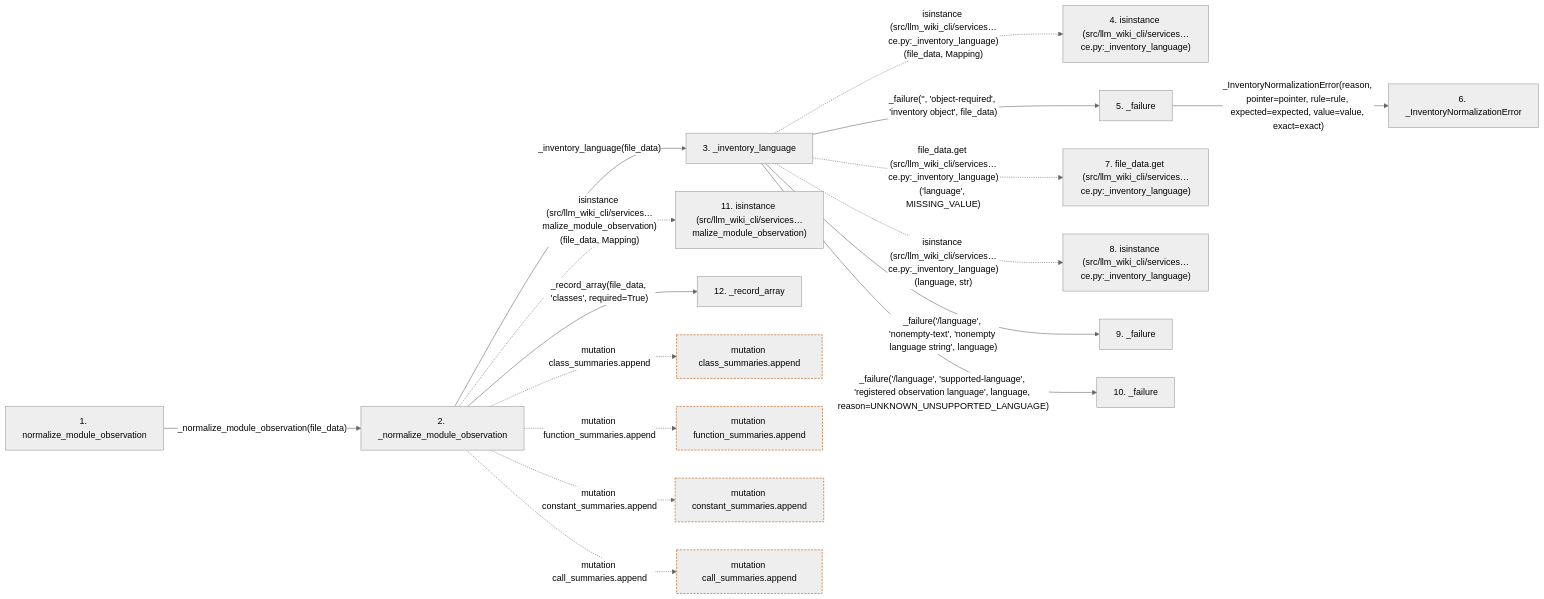
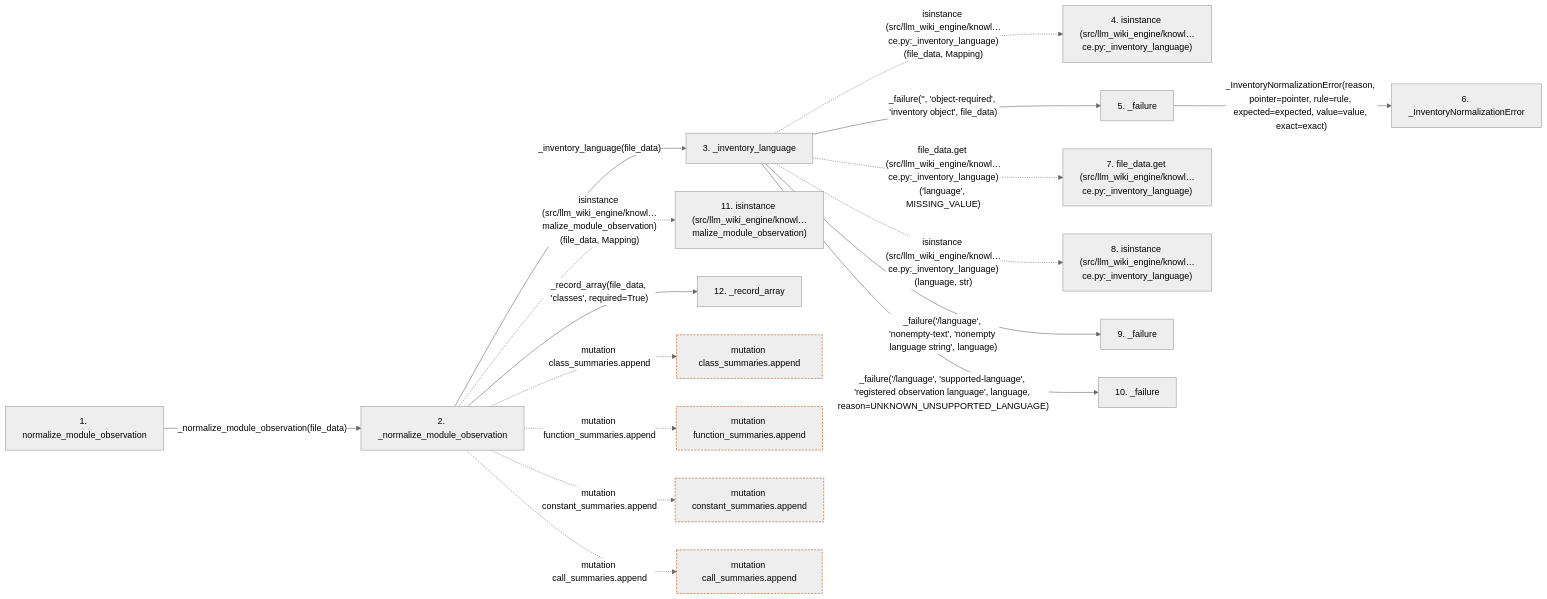
One commit to Denissvgn/python-wiki-llm changed the second of 2 diagrams in docs/llm_wiki/flows/api-normalize_module_observation.md. Above: the diagram before and after it, drawn with Mermaid (neutral theme). The commit also changed other lines of this file and 1103 other files, not shown here.

First line of the commit message:
docs: refresh the wiki for the llm-wiki-engine distribution

````diff
--- a/docs/llm_wiki/flows/api-normalize_module_observation.md
+++ b/docs/llm_wiki/flows/api-normalize_module_observation.md
@@ -127,47 +127,47 @@
 ```mermaid
 flowchart LR
     s1["1. normalize_module_observation"]
     s2["2. _normalize_module_observation"]
     s3["3. _inventory_language"]
-    s4["4. isinstance (src/llm_wiki_cli/services…ce.py:_inventory_language)"]
+    s4["4. isinstance (src/llm_wiki_engine/knowl…ce.py:_inventory_language)"]
     s5["5. _failure"]
     s6["6. _InventoryNormalizationError"]
-    s7["7. file_data.get (src/llm_wiki_cli/services…ce.py:_inventory_language)"]
-    s8["8. isinstance (src/llm_wiki_cli/services…ce.py:_inventory_language)"]
+    s7["7. file_data.get (src/llm_wiki_engine/knowl…ce.py:_inventory_language)"]
+    s8["8. isinstance (src/llm_wiki_engine/knowl…ce.py:_inventory_language)"]
     s9["9. _failure"]
     s10["10. _failure"]
-    s11["11. isinstance (src/llm_wiki_cli/services…malize_module_observation)"]
+    s11["11. isinstance (src/llm_wiki_engine/knowl…malize_module_observation)"]
     s12["12. _record_array"]
     s1 -->|"_normalize_module_observation(file_data)"| s2
     s2 -->|"_inventory_language(file_data)"| s3
-    s3 -. "isinstance (src/llm_wiki_cli/services…ce.py:_inventory_language)(file_data, Mapping)" .-> s4
+    s3 -. "isinstance (src/llm_wiki_engine/knowl…ce.py:_inventory_language)(file_data, Mapping)" .-> s4
     s3 -->|"_failure('', 'object-required', 'inventory object', file_data)"| s5
     s5 -->|"_InventoryNormalizationError(reason, pointer=pointer, rule=rule, expected=expected, value=value, exact=exact)"| s6
-    s3 -. "file_data.get (src/llm_wiki_cli/services…ce.py:_inventory_language)('language', MISSING_VALUE)" .-> s7
-    s3 -. "isinstance (src/llm_wiki_cli/services…ce.py:_inventory_language)(language, str)" .-> s8
+    s3 -. "file_data.get (src/llm_wiki_engine/knowl…ce.py:_inventory_language)('language', MISSING_VALUE)" .-> s7
+    s3 -. "isinstance (src/llm_wiki_engine/knowl…ce.py:_inventory_language)(language, str)" .-> s8
     s3 -->|"_failure('/language', 'nonempty-text', 'nonempty language string', language)"| s9
     s3 -->|"_failure('/language', 'supported-language', 'registered observation language', language, reason=UNKNOWN_UNSUPPORTED_LANGUAGE)"| s10
-    s2 -. "isinstance (src/llm_wiki_cli/services…malize_module_observation)(file_data, Mapping)" .-> s11
+    s2 -. "isinstance (src/llm_wiki_engine/knowl…malize_module_observation)(file_data, Mapping)" .-> s11
     s2 -->|"_record_array(file_data, 'classes', required=True)"| s12
     b0["mutation class_summaries.append"]
     s2 -. "mutation class_summaries.append" .-> b0
     b1["mutation function_summaries.append"]
     s2 -. "mutation function_summaries.append" .-> b1
     b2["mutation constant_summaries.append"]
     s2 -. "mutation constant_summaries.append" .-> b2
     b3["mutation call_summaries.append"]
     s2 -. "mutation call_summaries.append" .-> b3
     click s1 "../modules/knowledge_evidence.md"
     click s2 "../modules/knowledge_evidence.md"
     click s3 "../modules/knowledge_evidence.md"
     click s5 "../modules/knowledge_evidence.md"
     click s6 "../modules/knowledge_evidence.md"
     click s9 "../modules/knowledge_evidence.md"
     click s10 "../modules/knowledge_evidence.md"
     click s12 "../modules/knowledge_evidence.md"
     classDef boundary stroke:#b45309,stroke-dasharray: 4 2
     class b0 boundary
     class b1 boundary
     class b2 boundary
     class b3 boundary
 ```
````
